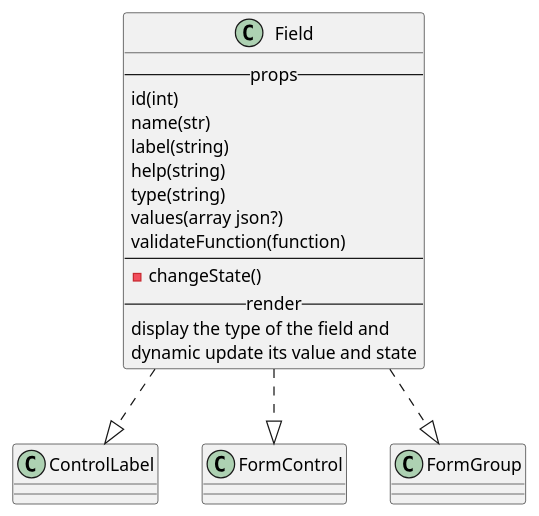
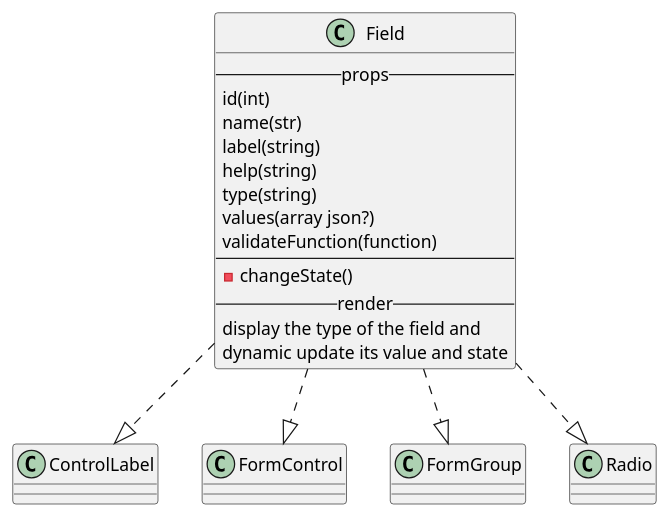
The diagram in react/custom/field.iuml (M9k/Marvin-Uml), drawn with PlantUML before and after one commit. The commit also changed 10 other files, not shown here.

```diff
--- a/react/custom/field.iuml
+++ b/react/custom/field.iuml
@@ -1,18 +1,19 @@
 class Field{
     --props--
         id(int)
         name(str)
         label(string)
         help(string)
         type(string)
         values(array json?)
         validateFunction(function)
     ----
         - changeState()
     --render--
         display the type of the field and
         dynamic update its value and state
 }
 Field ..|> ControlLabel
 Field ..|> FormControl
 Field ..|> FormGroup
+Field ..|> Radio
```
